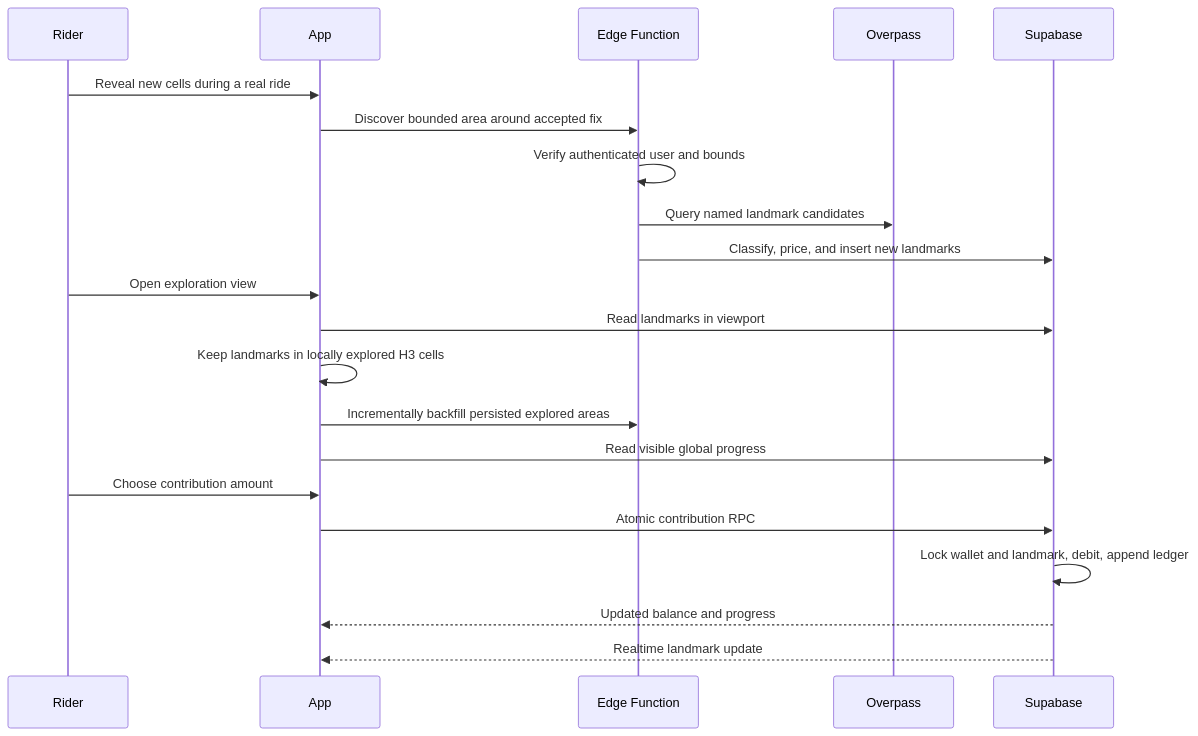
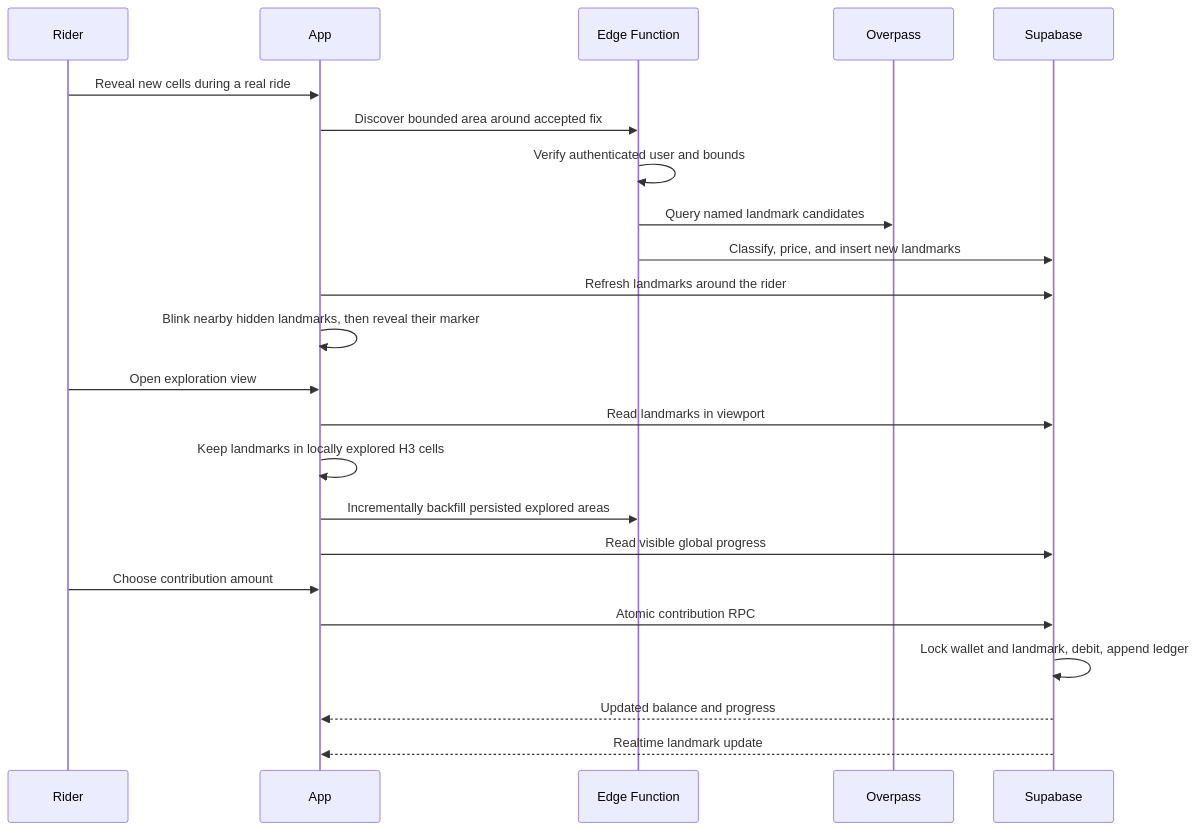
The second of 2 diagrams in Architecture/7-Runtime-View/7.4-Cloud-Synchronization.md (MadCowDevelopment/veloterra), drawn with Mermaid before and after one commit. The commit also changed 9 other files, not shown here.

Commit message:
Enhance landmark discovery features: increase daily quota to 120 areas, add nearby landmark cues, and implement visual indicators for unexplored landmarks.

````diff
--- a/Architecture/7-Runtime-View/7.4-Cloud-Synchronization.md
+++ b/Architecture/7-Runtime-View/7.4-Cloud-Synchronization.md
@@ -36,24 +36,26 @@
 ```mermaid
 sequenceDiagram
     participant Rider
     participant App
     participant Discovery as Edge Function
     participant OSM as Overpass
     participant Cloud as Supabase
 
     Rider->>App: Reveal new cells during a real ride
     App->>Discovery: Discover bounded area around accepted fix
     Discovery->>Discovery: Verify authenticated user and bounds
     Discovery->>OSM: Query named landmark candidates
     Discovery->>Cloud: Classify, price, and insert new landmarks
+    App->>Cloud: Refresh landmarks around the rider
+    App->>App: Blink nearby hidden landmarks, then reveal their marker
     Rider->>App: Open exploration view
     App->>Cloud: Read landmarks in viewport
     App->>App: Keep landmarks in locally explored H3 cells
     App->>Discovery: Incrementally backfill persisted explored areas
     App->>Cloud: Read visible global progress
     Rider->>App: Choose contribution amount
     App->>Cloud: Atomic contribution RPC
     Cloud->>Cloud: Lock wallet and landmark, debit, append ledger
     Cloud-->>App: Updated balance and progress
     Cloud-->>App: Realtime landmark update
 ```
````
